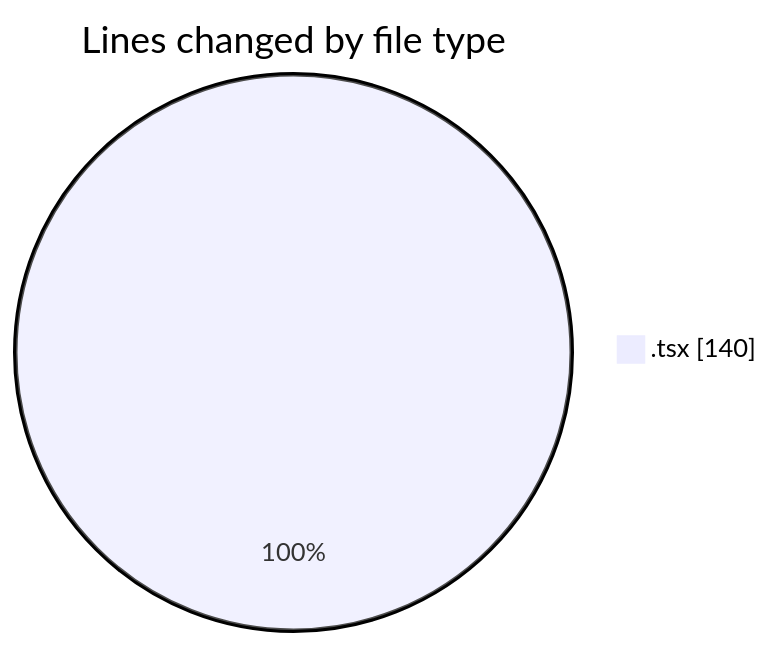
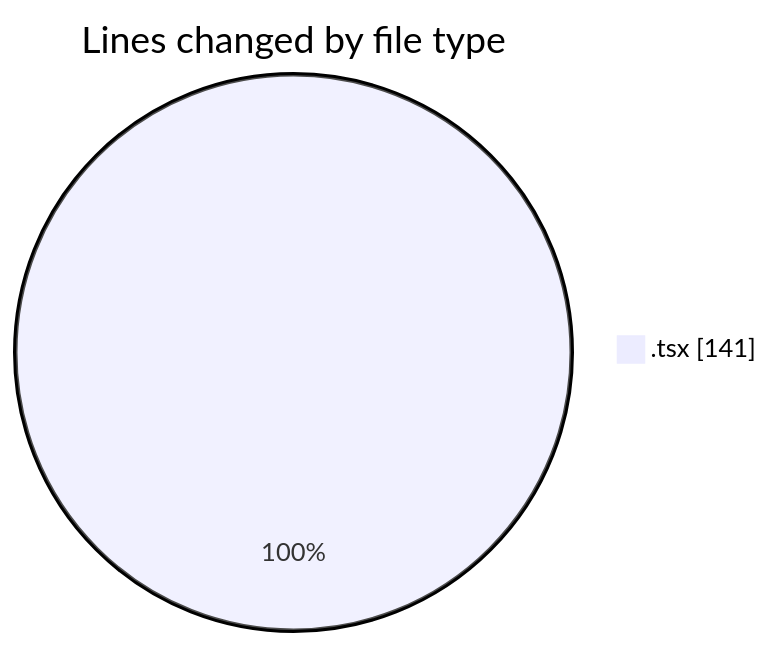
Before and after one commit to momahboobian/code-tracking: the first of 2 diagrams in 2025-06-12/cda/README.md, drawn with Mermaid. The commit also changed other lines of this file and 1 other file, not shown here.

````diff
--- a/2025-06-12/cda/README.md
+++ b/2025-06-12/cda/README.md
@@ -20,5 +20,5 @@
 ```mermaid
 pie showData
 title Lines changed by file type
-".tsx" : 140
+".tsx" : 141
 ```
````
